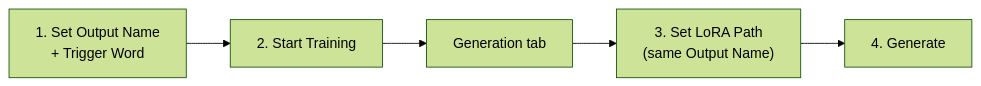
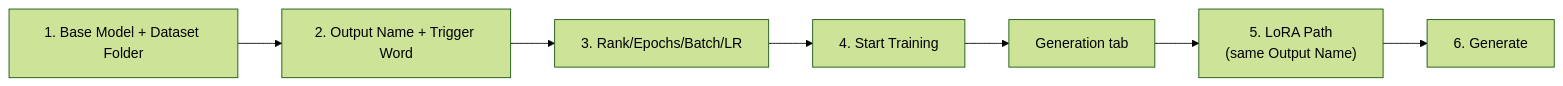
Before and after one commit to ACFHarbinger/Image-Toolkit: the sixth of 6 diagrams in docs/tutorials/workflows.md, drawn with Mermaid (forest theme). The commit also changed other lines of this file and 37 other files, not shown here.

````diff
--- a/docs/tutorials/workflows.md
+++ b/docs/tutorials/workflows.md
@@ -206,7 +539,9 @@
 ```mermaid
 flowchart LR
-    A["1. Set Output Name\n+ Trigger Word"] --> B["2. Start Training"]
-    B --> C["Generation tab"]
-    C --> D["3. Set LoRA Path\n(same Output Name)"]
-    D --> E["4. Generate"]
+    A["1. Base Model + Dataset Folder"] --> B["2. Output Name + Trigger Word"]
+    B --> C["3. Rank/Epochs/Batch/LR"]
+    C --> D["4. Start Training"]
+    D --> E["Generation tab"]
+    E --> F["5. LoRA Path\n(same Output Name)"]
+    F --> G["6. Generate"]
 ```
````
